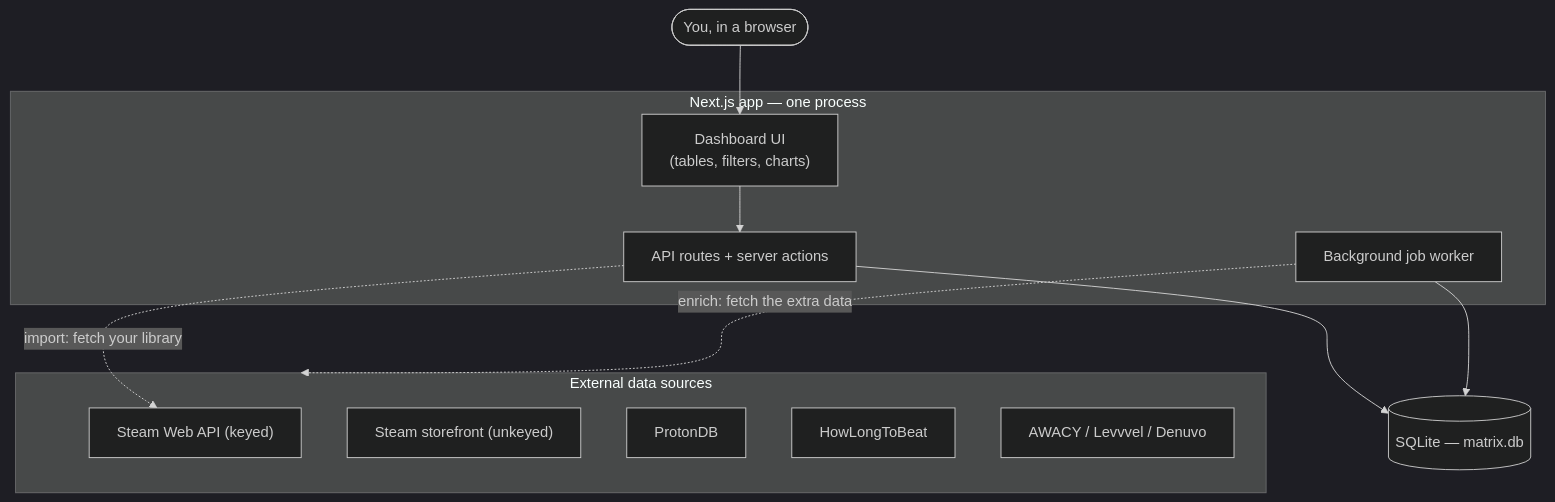
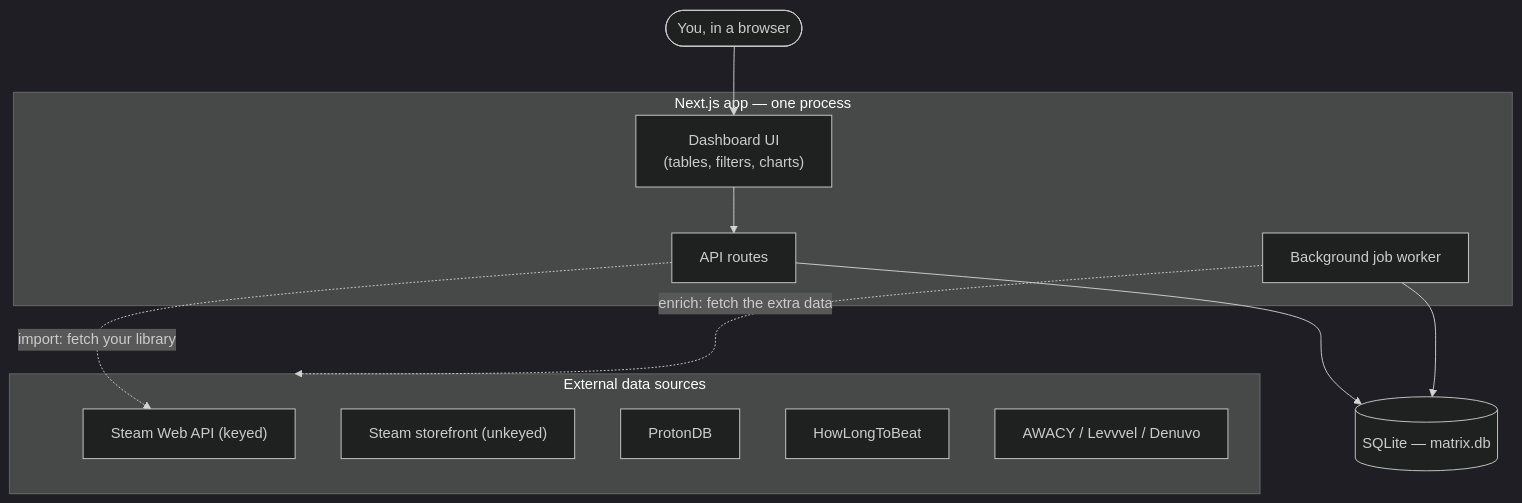
Before and after one commit to atahan99/Steam-Library-Matrix: the first of 9 diagrams in docs/architecture.md, drawn with Mermaid (dark theme). The commit also changed other lines of this file and 6 other files, not shown here.

````diff
--- a/docs/architecture.md
+++ b/docs/architecture.md
@@ -76,23 +76,23 @@
 ```mermaid
 flowchart TB
   User([You, in a browser])
   subgraph App["Next.js app — one process"]
     UI["Dashboard UI<br/>(tables, filters, charts)"]
-    API["API routes + server actions"]
+    API["API routes"]
     Worker["Background job worker"]
   end
   DB[("SQLite — matrix.db")]
   subgraph Sources["External data sources"]
     Steam["Steam Web API (keyed)"]
     Store["Steam storefront (unkeyed)"]
     Proton["ProtonDB"]
     HLTB["HowLongToBeat"]
     AC["AWACY / Levvvel / Denuvo"]
   end
 
   User --> UI --> API
   API --> DB
   Worker --> DB
   API -. "import: fetch your library" .-> Steam
   Worker -. "enrich: fetch the extra data" .-> Sources
 ```
````
